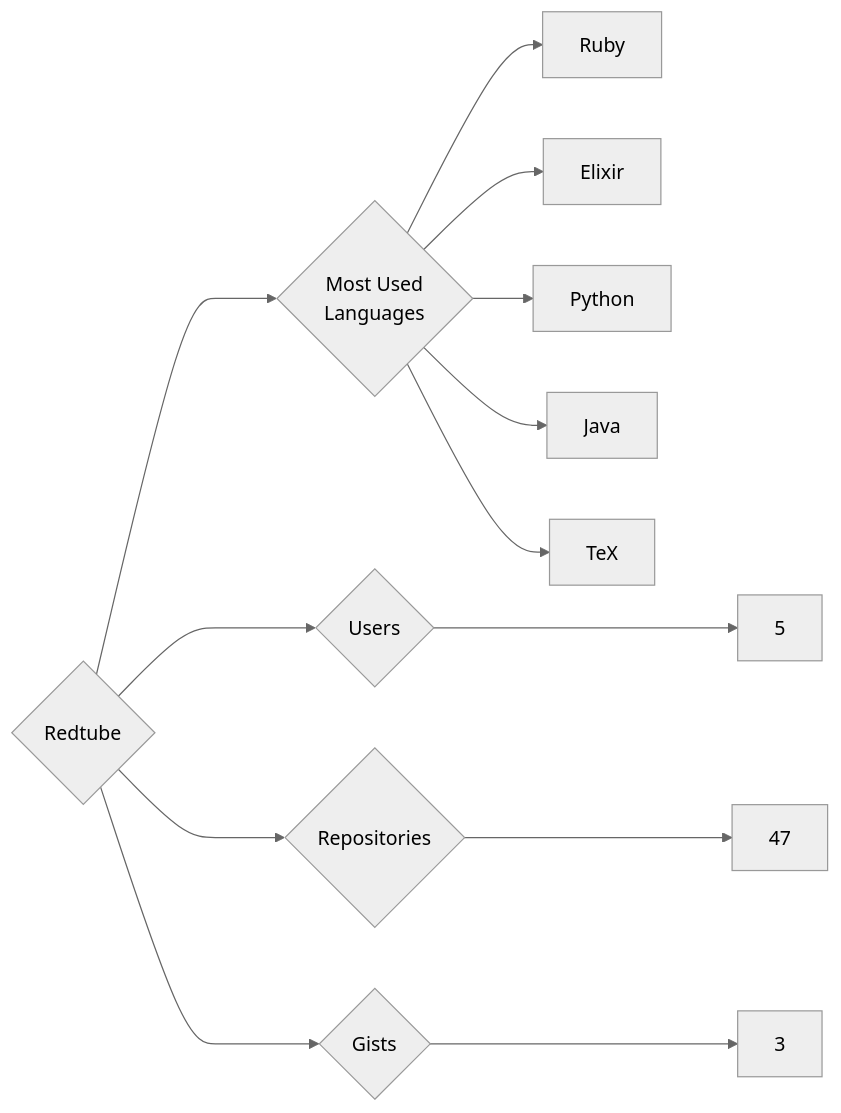
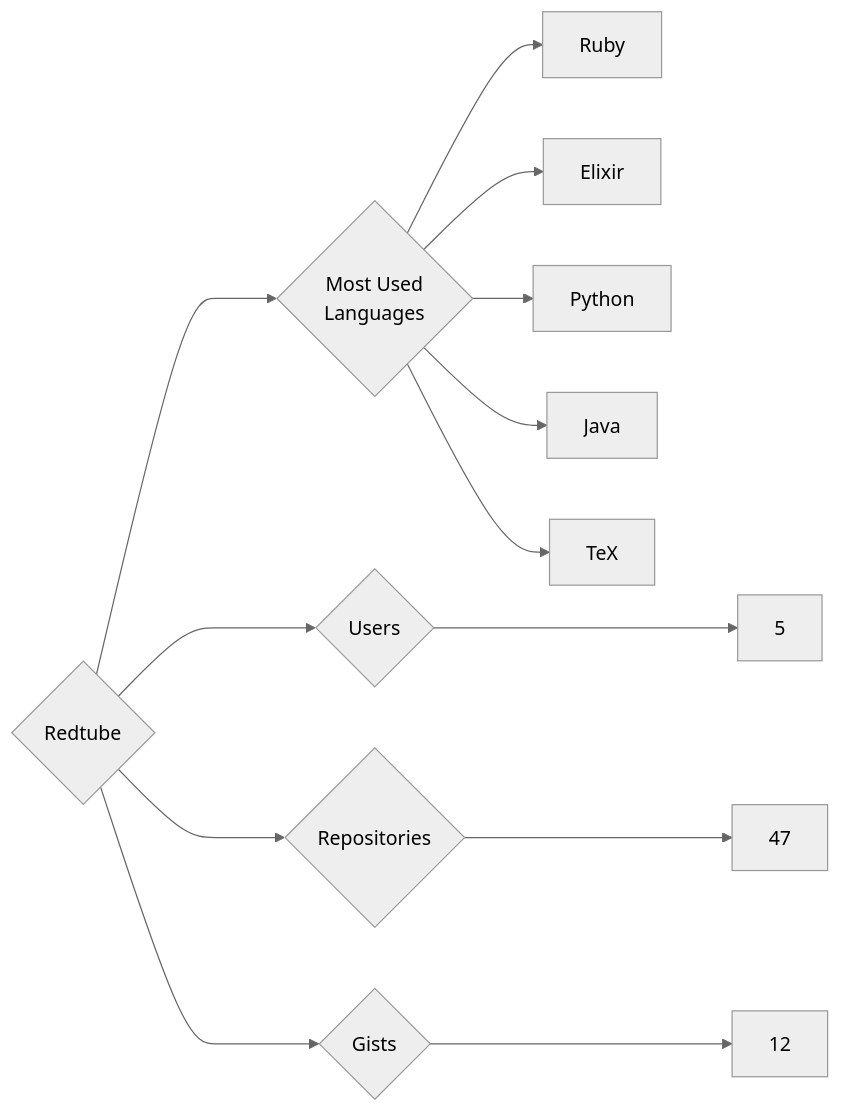
The diagram in targets/Redtube/README.md (trickest/insiders), drawn with Mermaid (neutral theme) before and after one commit. The commit also changed 953 other files, not shown here.

````diff
--- a/targets/Redtube/README.md
+++ b/targets/Redtube/README.md
@@ -3,13 +3,13 @@
 ```mermaid
 graph LR
 COMPANY_NAME{Redtube}
 COMPANY_NAME ---> U{Users} ---> UN[5]
 COMPANY_NAME ---> R{Repositories} ---> RN[47]
-COMPANY_NAME ---> G{Gists} ---> GN[3]
+COMPANY_NAME ---> G{Gists} ---> GN[12]
 COMPANY_NAME ---> ML{Most Used<br>Languages}
 ML --> Ruby[Ruby]
 ML --> Elixir[Elixir]
 ML --> Python[Python]
 ML --> Java[Java]
 ML --> TeX[TeX]
 ```
````
